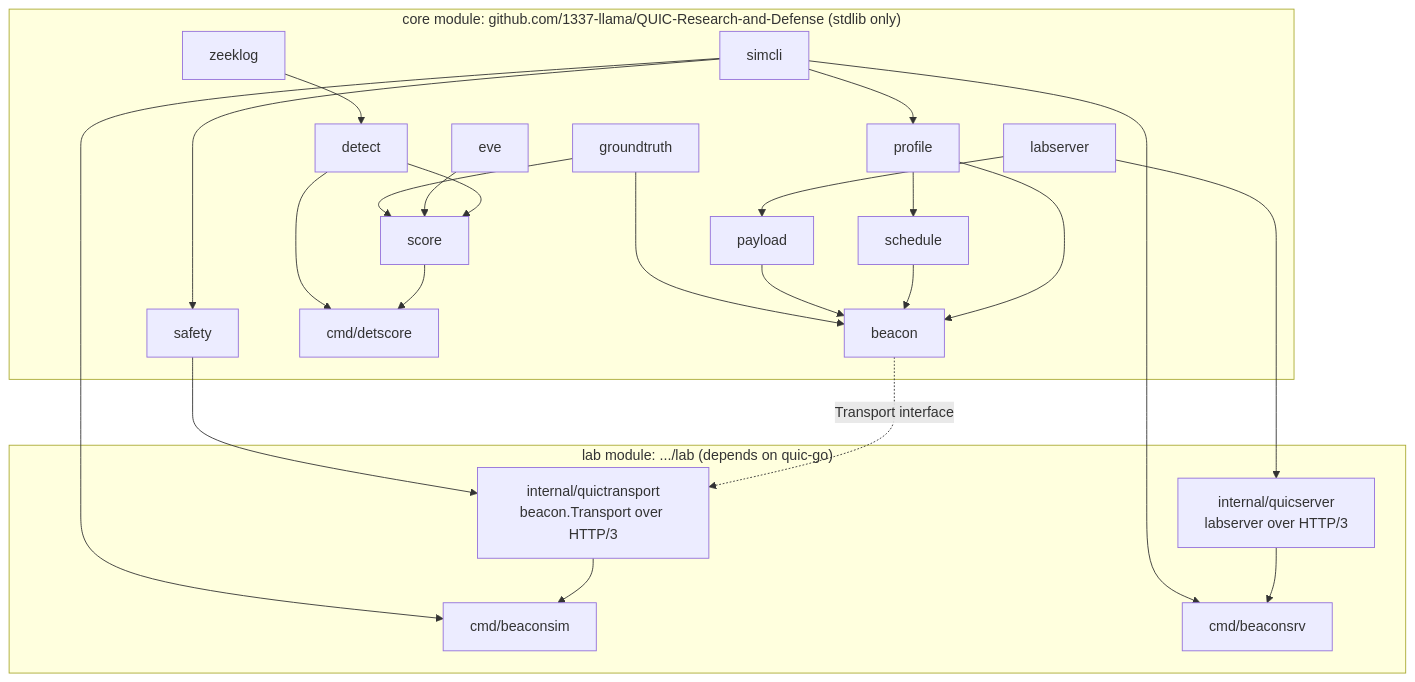
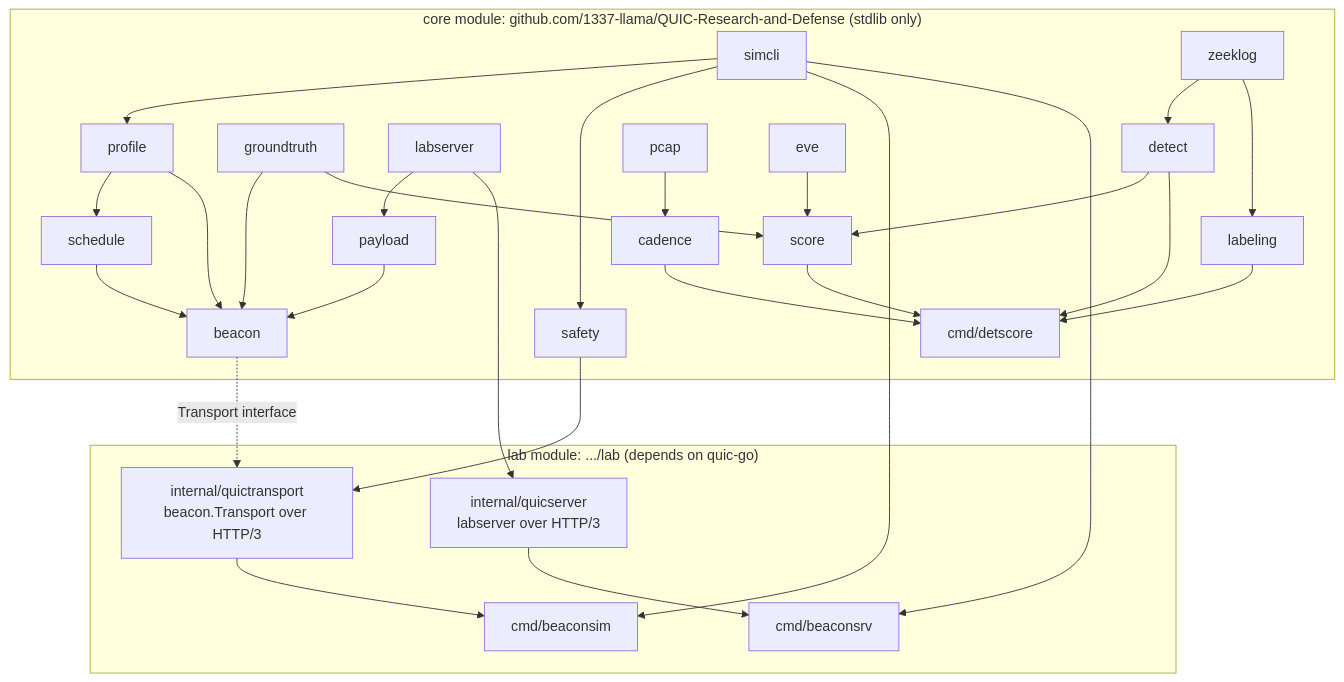
One commit to 1337-llama/QUIC-Research-and-Defense changed the diagram in docs/09-architecture-and-testing.md. Above: the diagram before and after it, drawn with Mermaid. The commit also changed other lines of this file and 28 other files, not shown here.

First line of the commit message:
feat: close detection gaps (in-connection cadence, JA4, Sigma, SIEM, labeling) (#10)

````diff
--- a/docs/09-architecture-and-testing.md
+++ b/docs/09-architecture-and-testing.md
@@ -7,33 +7,37 @@
 ```mermaid
 flowchart TB
   subgraph core["core module: github.com/1337-llama/QUIC-Research-and-Defense (stdlib only)"]
     profile --> schedule
     profile --> beacon
     schedule --> beacon
     payload --> beacon
     groundtruth --> beacon
     safety
     labserver --> payload
     simcli --> profile
     simcli --> safety
     zeeklog --> detect
+    pcap --> cadence
+    cadence --> detscore
+    zeeklog --> labeling
+    labeling --> detscore
     detect --> score
     eve --> score
     groundtruth --> score
     score --> detscore["cmd/detscore"]
     detect --> detscore
   end
   subgraph lab["lab module: .../lab (depends on quic-go)"]
     quictransport["internal/quictransport<br/>beacon.Transport over HTTP/3"]
     quicserver["internal/quicserver<br/>labserver over HTTP/3"]
     beaconsim["cmd/beaconsim"]
     beaconsrv["cmd/beaconsrv"]
   end
   beacon -.Transport interface.-> quictransport
   safety --> quictransport
   labserver --> quicserver
   quictransport --> beaconsim
   quicserver --> beaconsrv
   simcli --> beaconsim
   simcli --> beaconsrv
 ```
````
